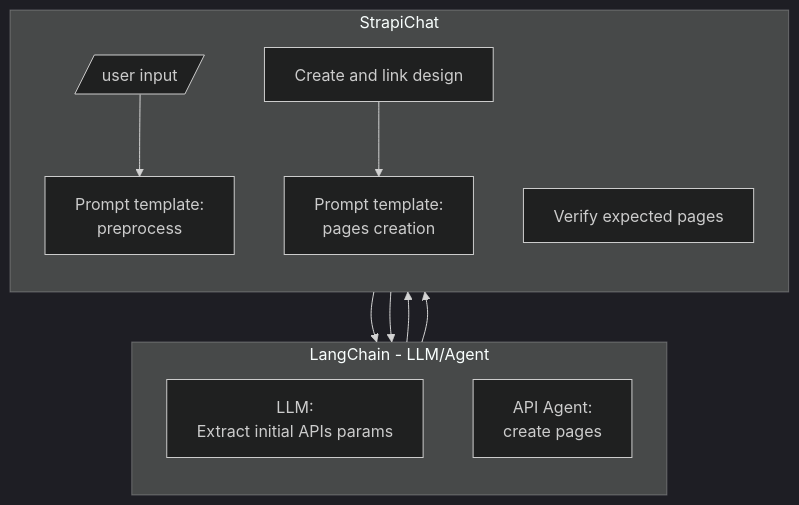
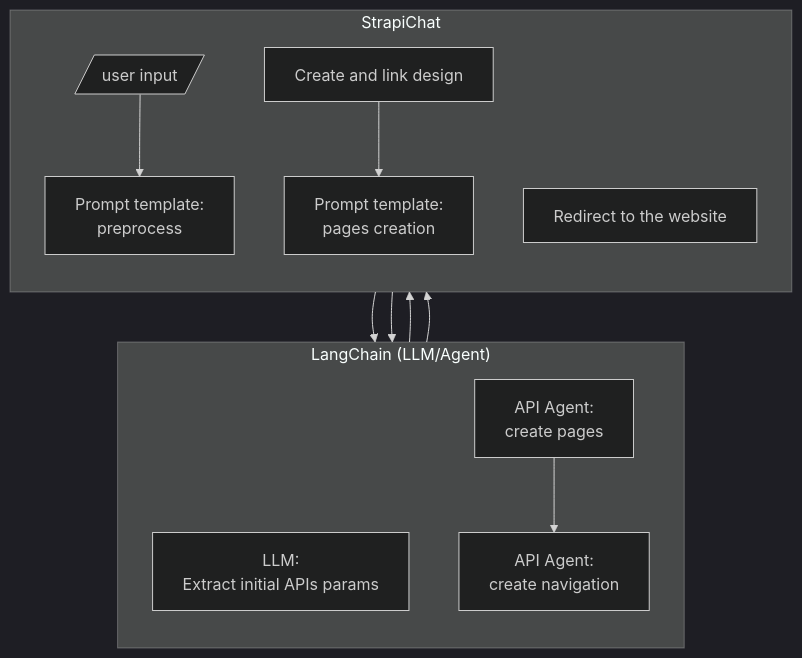
The third of 3 diagrams in README.md (alallaqi/poc-strapi-chat), drawn with Mermaid (dark theme) before and after one commit. The commit also changed other lines of this file, not shown here.

````diff
--- a/README.md
+++ b/README.md
@@ -47,25 +47,27 @@
 ```mermaid
 flowchart TB
   
-  subgraph LangChain - LLM/Agent
+  subgraph "LangChain (LLM/Agent)"
    direction TB
    Preprocess[LLM:<br />Extract initial APIs params]
    AgentPages[API Agent:<br />create pages]
+   AgentNav[API Agent:<br />create navigation]
   end
 
   subgraph StrapiChat
     direction TB
     Input[/user input/]
     PromptPreprocess[Prompt template:<br />preprocess]
     CreateDesign[Create and link design]
     PromptAgentPages[Prompt template:<br />pages creation]
-    Verify[Verify expected pages]
+    Redirect[Redirect to the website]
   end
 
   Input --> PromptPreprocess
   PromptPreprocess --> Preprocess
   Preprocess --> CreateDesign
   CreateDesign --> PromptAgentPages
   PromptAgentPages --> AgentPages
-  AgentPages --> Verify
+  AgentPages --> AgentNav
+  AgentNav --> Redirect
 ```
````
